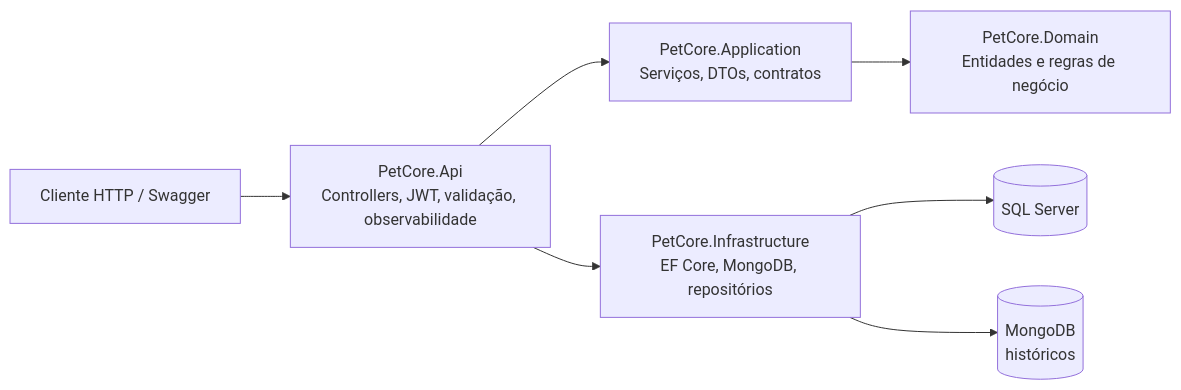
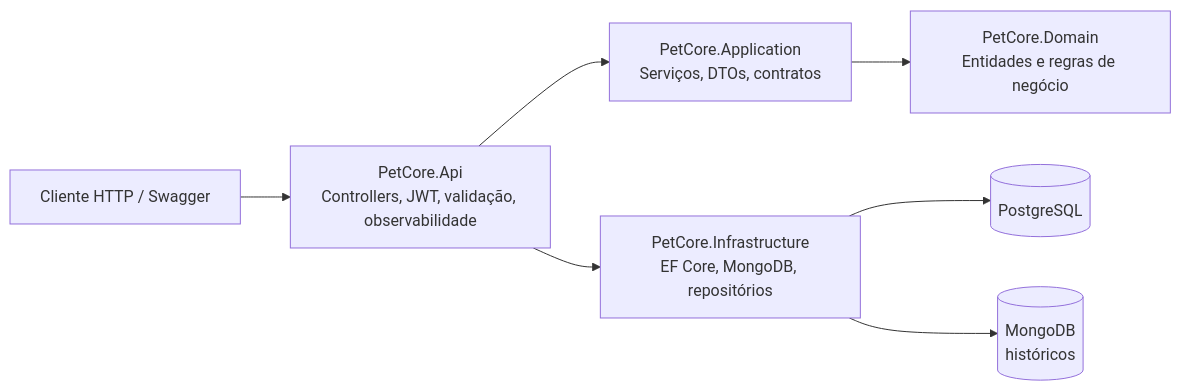
The diagram in README.md (Emanuelly0ventura/PetCore.Net), drawn with Mermaid before and after one commit. The commit also changed other lines of this file and 137 other files, not shown here.

Commit message:
Restore PostgreSQL migrations and configuration

````diff
--- a/README.md
+++ b/README.md
@@ -26,14 +26,14 @@
 ```mermaid
 flowchart LR
   Client[Cliente HTTP / Swagger] --> API[PetCore.Api
 Controllers, JWT, validação, observabilidade]
   API --> App[PetCore.Application
 Serviços, DTOs, contratos]
   App --> Domain[PetCore.Domain
 Entidades e regras de negócio]
   API --> Infra[PetCore.Infrastructure
 EF Core, MongoDB, repositórios]
-  Infra --> SQL[(SQL Server)]
+  Infra --> SQL[(PostgreSQL)]
   Infra --> Mongo[(MongoDB
 históricos)]
 ```
````
